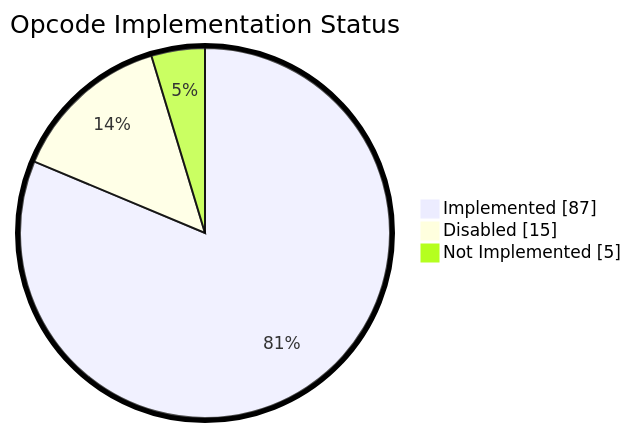
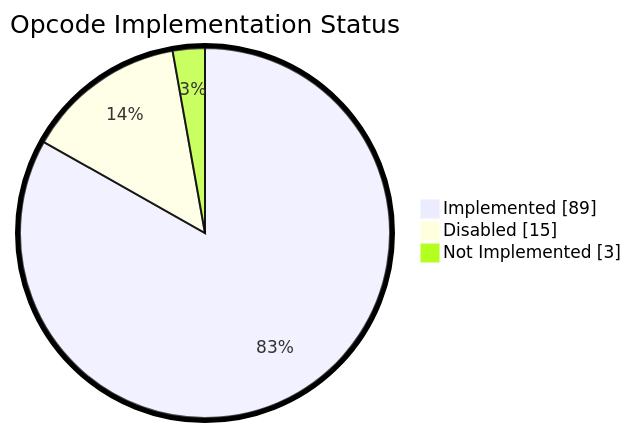
One commit to keep-starknet-strange/shinigami changed the diagram in README.md. Above: the diagram before and after it, drawn with Mermaid. The commit also changed other lines of this file and 10 other files, not shown here.

````diff
--- a/README.md
+++ b/README.md
@@ -56,8 +56,8 @@
 ```mermaid
 %%{init: {"pie": {"textPosition": 0.75}, "themeVariables": {"pieOuterStrokeWidth": "5px"}} }%%
 pie showData
     title Opcode Implementation Status
-    "Implemented" : 87
+    "Implemented" : 89
     "Disabled" : 15
-    "Not Implemented" : 5
+    "Not Implemented" : 3
 ```
````
